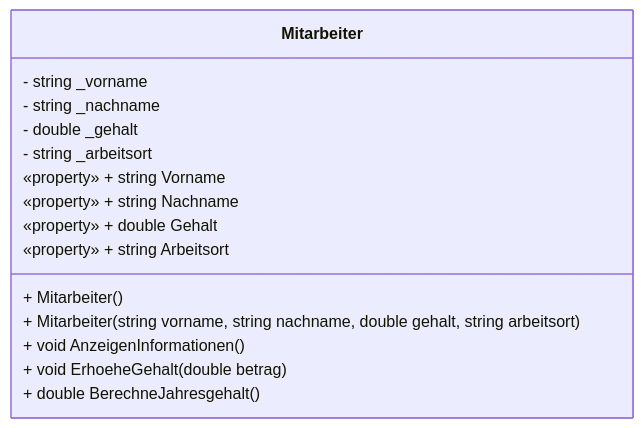
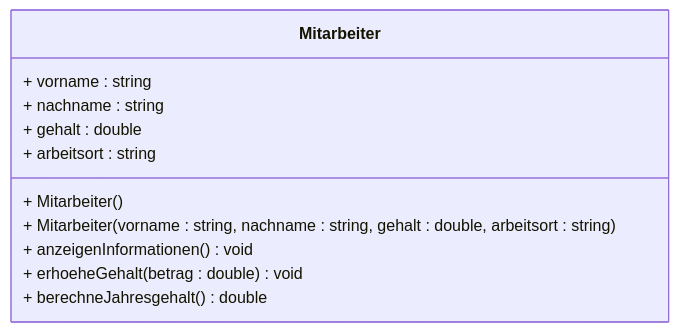
The diagram in docs/reflection/klasse-mitarbeiter.md (swop-bs/cheat-sheet), drawn with Mermaid before and after one commit. The commit also changed other lines of this file and 6 other files, not shown here.

First line of the commit message:
docs: write class diagram members language-neutral

````diff
--- a/docs/reflection/klasse-mitarbeiter.md
+++ b/docs/reflection/klasse-mitarbeiter.md
@@ -5,18 +5,14 @@
 ```mermaid
 classDiagram
     class Mitarbeiter {
-        - string _vorname
-        - string _nachname
-        - double _gehalt
-        - string _arbeitsort
-        «property» + string Vorname
-        «property» + string Nachname
-        «property» + double Gehalt
-        «property» + string Arbeitsort
+        + vorname : string
+        + nachname : string
+        + gehalt : double
+        + arbeitsort : string
         + Mitarbeiter()
-        + Mitarbeiter(string vorname, string nachname, double gehalt, string arbeitsort)
-        + void AnzeigenInformationen()
-        + void ErhoeheGehalt(double betrag)
-        + double BerechneJahresgehalt()
+        + Mitarbeiter(vorname : string, nachname : string, gehalt : double, arbeitsort : string)
+        + anzeigenInformationen() void
+        + erhoeheGehalt(betrag : double) void
+        + berechneJahresgehalt() double
     }
 ```
````
